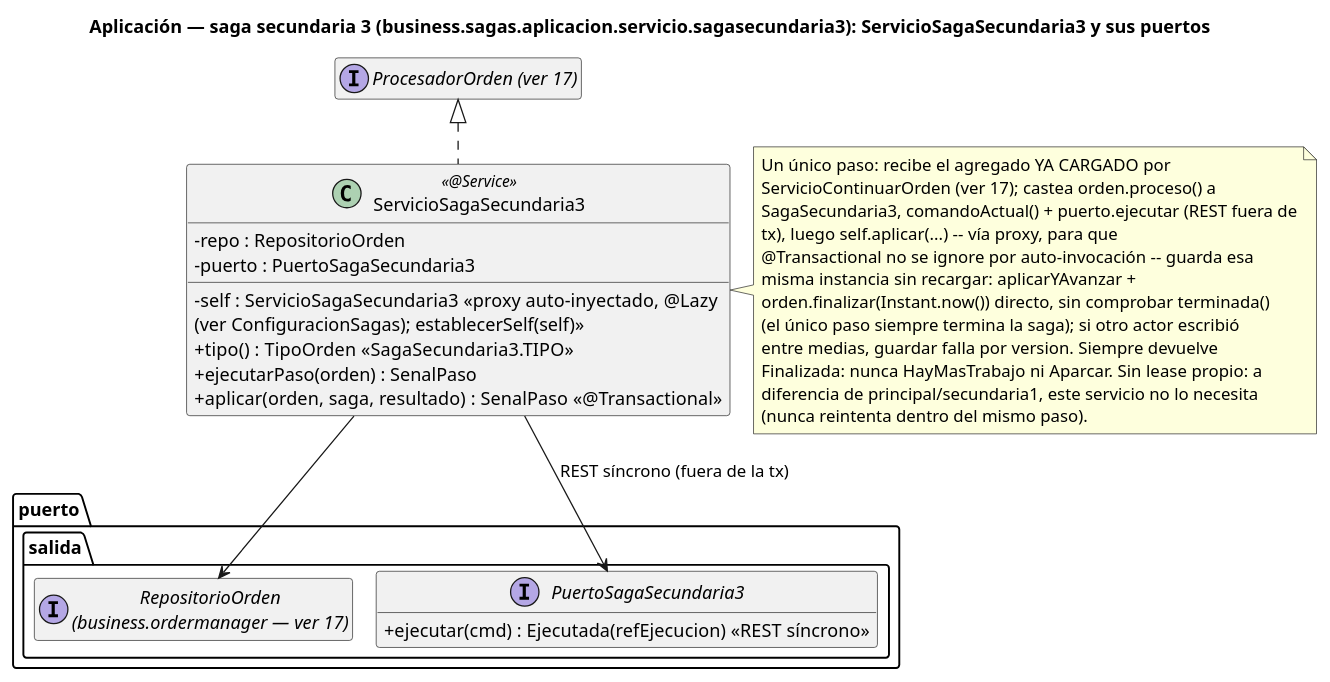
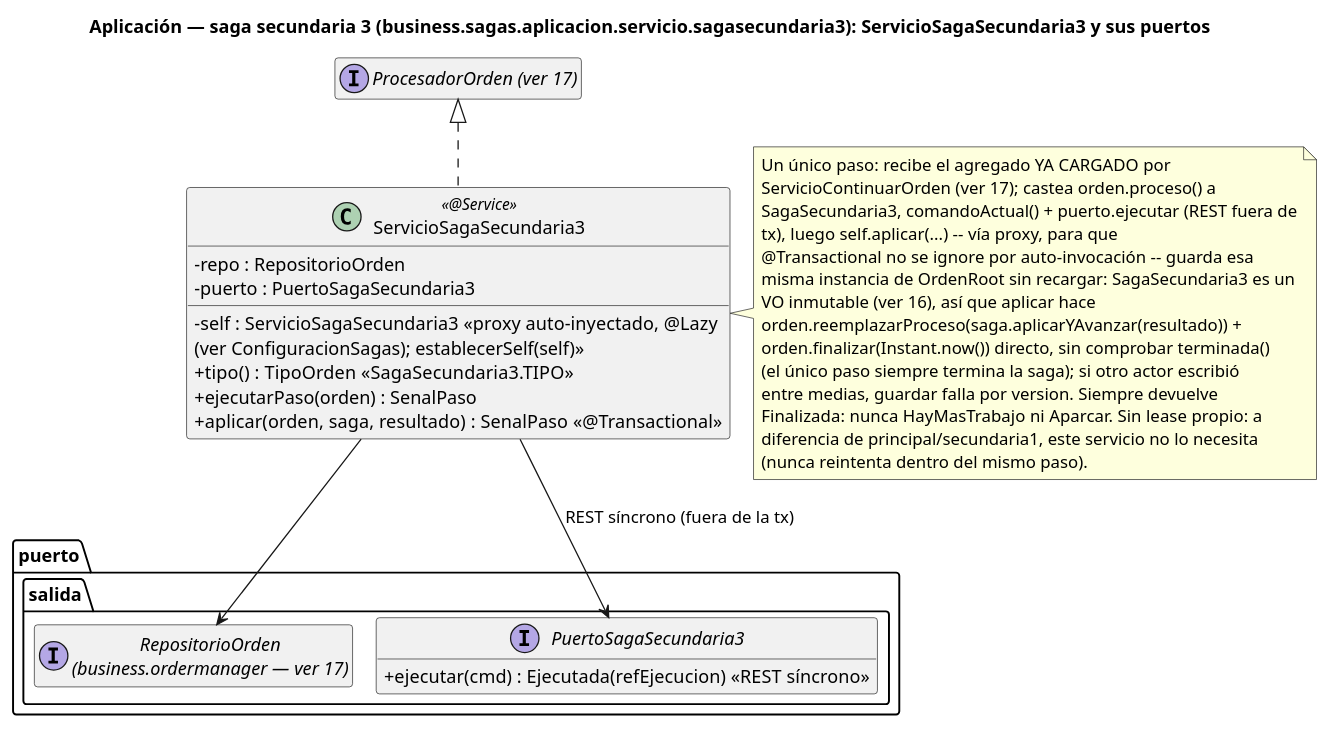
Before and after one commit to ralcazar/patrones: the diagram in order-manager/docs/21-clases-aplicacion-saga-secundaria3.puml, drawn with PlantUML. The commit also changed 60 other files, not shown here.

```diff
--- a/order-manager/docs/21-clases-aplicacion-saga-secundaria3.puml
+++ b/order-manager/docs/21-clases-aplicacion-saga-secundaria3.puml
@@ -1,42 +1,44 @@
 @startuml 21-clases-aplicacion-saga-secundaria3
 title Aplicación — saga secundaria 3 (business.sagas.aplicacion.servicio.sagasecundaria3): ServicioSagaSecundaria3 y sus puertos
 !pragma layout smetana
 hide empty members
 skinparam classAttributeIconSize 0
 
 interface "ProcesadorOrden (ver 17)" as Base
 
 class ServicioSagaSecundaria3 <<@Service>> {
   -repo : RepositorioOrden
   -puerto : PuertoSagaSecundaria3
   -self : ServicioSagaSecundaria3  «proxy auto-inyectado, @Lazy\n(ver ConfiguracionSagas); establecerSelf(self)»
   +tipo() : TipoOrden  «SagaSecundaria3.TIPO»
   +ejecutarPaso(orden) : SenalPaso
   +aplicar(orden, saga, resultado) : SenalPaso  «@Transactional»
 }
 note right of ServicioSagaSecundaria3
   Un único paso: recibe el agregado YA CARGADO por
   ServicioContinuarOrden (ver 17); castea orden.proceso() a
   SagaSecundaria3, comandoActual() + puerto.ejecutar (REST fuera de
   tx), luego self.aplicar(...) -- vía proxy, para que
   @Transactional no se ignore por auto-invocación -- guarda esa
-  misma instancia sin recargar: aplicarYAvanzar +
+  misma instancia de OrdenRoot sin recargar: SagaSecundaria3 es un
+  VO inmutable (ver 16), así que aplicar hace
+  orden.reemplazarProceso(saga.aplicarYAvanzar(resultado)) +
   orden.finalizar(Instant.now()) directo, sin comprobar terminada()
   (el único paso siempre termina la saga); si otro actor escribió
   entre medias, guardar falla por version. Siempre devuelve
   Finalizada: nunca HayMasTrabajo ni Aparcar. Sin lease propio: a
   diferencia de principal/secundaria1, este servicio no lo necesita
   (nunca reintenta dentro del mismo paso).
 end note
 
 package "puerto.salida" {
   interface "RepositorioOrden\n(business.ordermanager — ver 17)" as RepositorioOrden
   interface PuertoSagaSecundaria3 {
     +ejecutar(cmd) : Ejecutada(refEjecucion)  «REST síncrono»
   }
 }
 
 Base <|.. ServicioSagaSecundaria3
 ServicioSagaSecundaria3 --> RepositorioOrden
 ServicioSagaSecundaria3 --> PuertoSagaSecundaria3 : REST síncrono (fuera de la tx)
 @enduml
```
